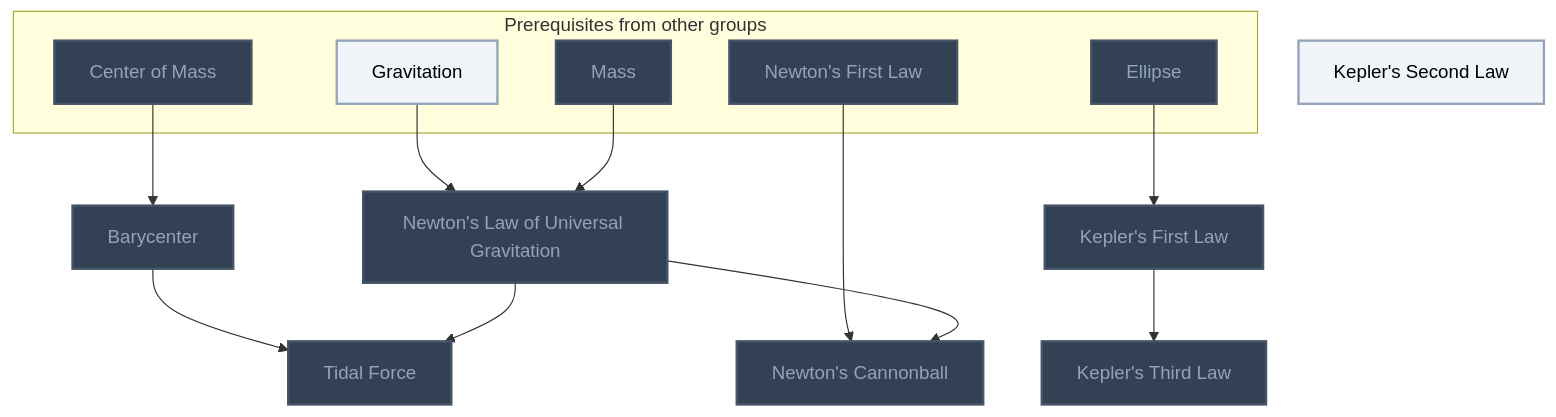
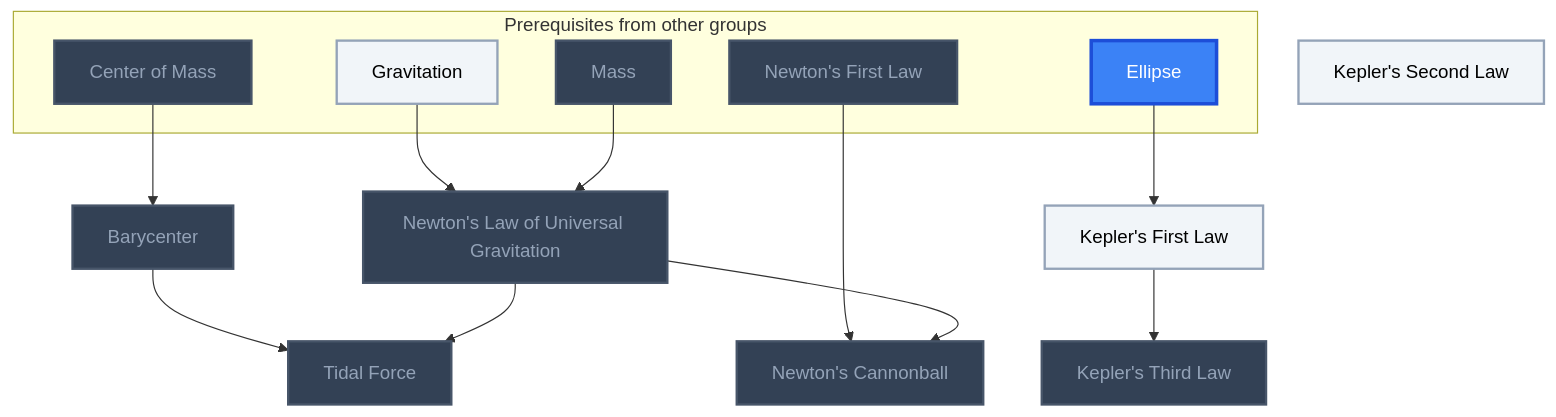
One commit to MRauf1/My-Notes changed the seventh of 15 diagrams in Gamification/Skill Trees/Classical Mechanics.md. Above: the diagram before and after it, drawn with Mermaid. The commit also changed other lines of this file and 145 other files, not shown here.

````diff
--- a/Gamification/Skill Trees/Classical Mechanics.md
+++ b/Gamification/Skill Trees/Classical Mechanics.md
@@ -208,38 +208,39 @@
 ```mermaid
 flowchart TD
     classDef planned fill:#1E293B,stroke:#64748B,stroke-width:2px,stroke-dasharray:5 5,color:#94A3B8;
     classDef locked fill:#334155,stroke:#475569,stroke-width:2px,color:#94A3B8;
     classDef L0 fill:#F1F5F9,stroke:#94A3B8,stroke-width:2px,color:#000000;
     classDef L1 fill:#22C55E,stroke:#15803D,stroke-width:2px,color:#000000;
     classDef L2 fill:#3B82F6,stroke:#1D4ED8,stroke-width:3px,color:#FFFFFF;
     classDef L3 fill:#A855F7,stroke:#6B21A8,stroke-width:3px,color:#FFFFFF,font-weight:bold;
     classDef L4 fill:#F97316,stroke:#C2410C,stroke-width:4px,color:#000000,font-weight:bold;
     classDef L5 fill:#FFD700,stroke:#FF8C00,stroke-width:5px,color:#000000,font-weight:bold;
     classDef rusty stroke:#8B4513,stroke-width:4px,stroke-dasharray:3 3;
     subgraph sg_prereqs["Prerequisites from other groups"]
         n_center_of_mass["Center of Mass"]
         n_gravitation["Gravitation"]
         n_mass["Mass"]
         n_ellipse["Ellipse"]
         n_newton_s_first_law["Newton's First Law"]
     end
     n_kepler_s_second_law["Kepler's Second Law"]
     n_barycenter["Barycenter"]
     n_newton_s_law_of_universal_gravitation["Newton's Law of Universal Gravitation"]
     n_kepler_s_first_law["Kepler's First Law"]
     n_tidal_force["Tidal Force"]
     n_kepler_s_third_law["Kepler's Third Law"]
     n_newton_s_cannonball["Newton's Cannonball"]
     n_center_of_mass --> n_barycenter
     n_gravitation --> n_newton_s_law_of_universal_gravitation
     n_mass --> n_newton_s_law_of_universal_gravitation
     n_ellipse --> n_kepler_s_first_law
     n_barycenter --> n_tidal_force
     n_newton_s_law_of_universal_gravitation --> n_tidal_force
     n_kepler_s_first_law --> n_kepler_s_third_law
     n_newton_s_first_law --> n_newton_s_cannonball
     n_newton_s_law_of_universal_gravitation --> n_newton_s_cannonball
-    class n_center_of_mass,n_mass,n_ellipse,n_newton_s_first_law,n_barycenter,n_newton_s_law_of_universal_gravitation,n_kepler_s_first_law,n_tidal_force,n_kepler_s_third_law,n_newton_s_cannonball locked;
-    class n_gravitation,n_kepler_s_second_law L0;
+    class n_center_of_mass,n_mass,n_newton_s_first_law,n_barycenter,n_newton_s_law_of_universal_gravitation,n_tidal_force,n_kepler_s_third_law,n_newton_s_cannonball locked;
+    class n_gravitation,n_kepler_s_second_law,n_kepler_s_first_law L0;
+    class n_ellipse L2;
     class n_center_of_mass,n_gravitation,n_mass,n_ellipse,n_newton_s_first_law,n_kepler_s_second_law,n_barycenter,n_newton_s_law_of_universal_gravitation,n_kepler_s_first_law,n_tidal_force,n_kepler_s_third_law,n_newton_s_cannonball internal-link;
 ```
````
